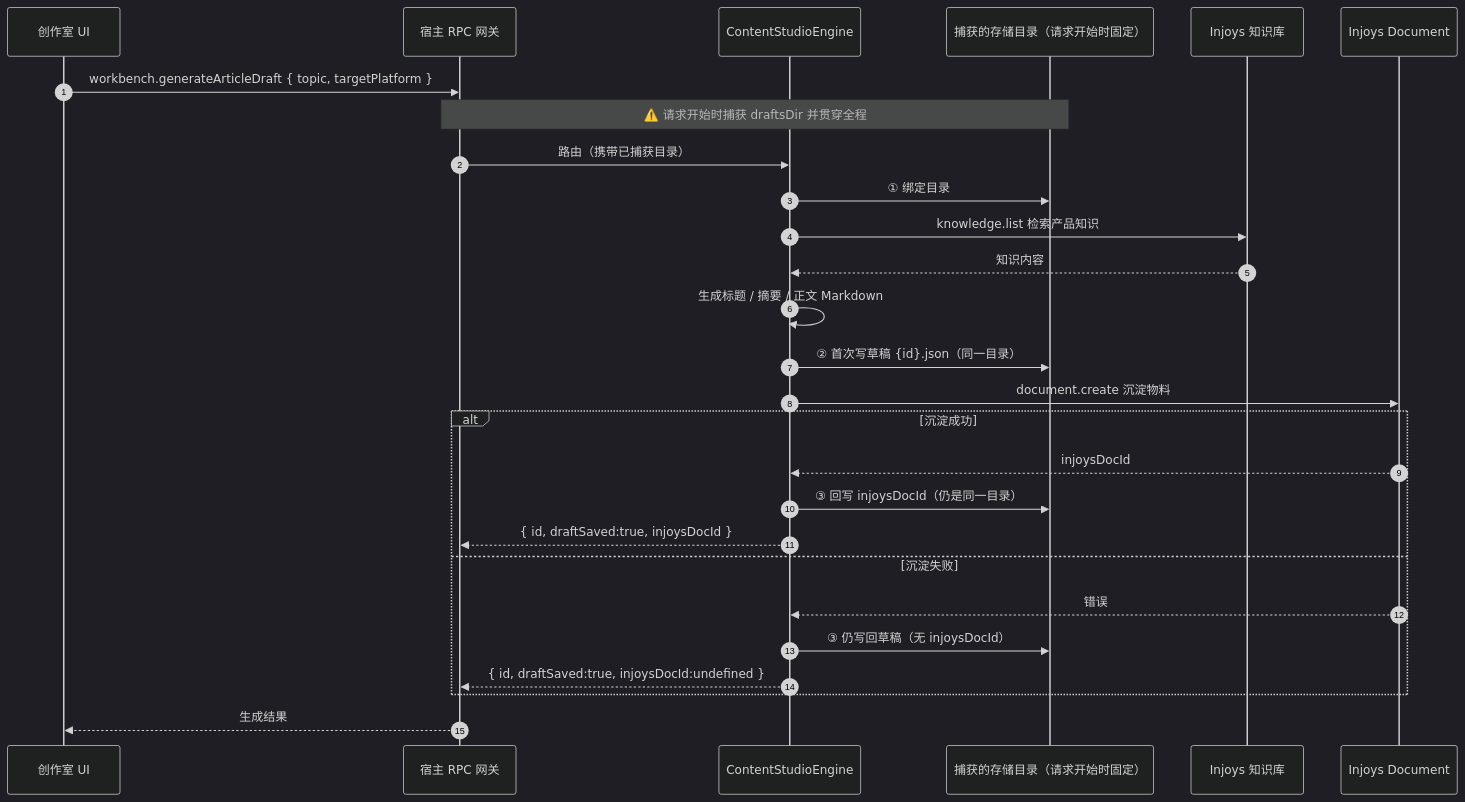
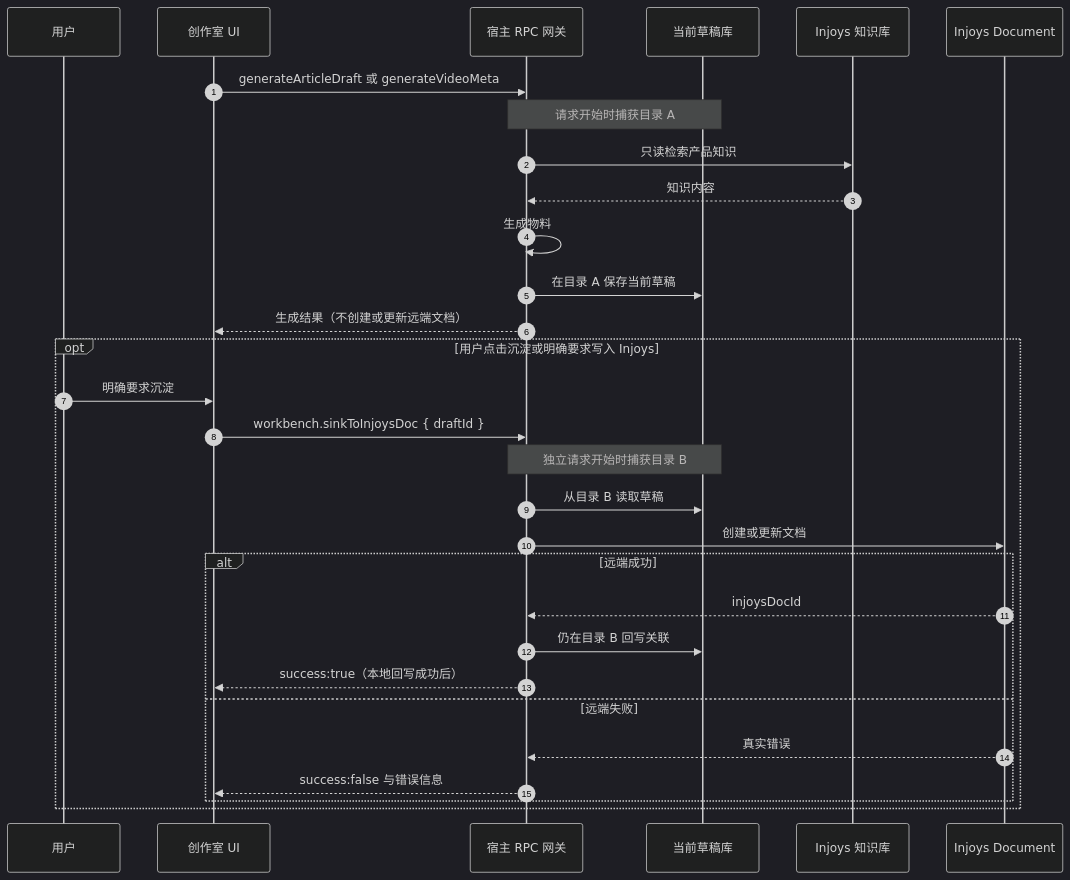
One commit to InJoysAI/dsh-growth-studio changed the second of 10 diagrams in .context/architecture/runtime_view.md. Above: the diagram before and after it, drawn with Mermaid (dark theme). The commit also changed other lines of this file and 34 other files, not shown here.

Commit message:
refactor: synchronize project documentation and context files with latest architecture updates

````diff
--- a/.context/architecture/runtime_view.md
+++ b/.context/architecture/runtime_view.md
@@ -75,30 +76,32 @@
 ```mermaid
 sequenceDiagram
     autonumber
+    participant U as 用户
     participant WB as 创作室 UI
     participant RPC as 宿主 RPC 网关
-    participant CS as ContentStudioEngine
-    participant Dir as 捕获的存储目录（请求开始时固定）
+    participant Store as 当前草稿库
     participant KB as Injoys 知识库
     participant Doc as Injoys Document
-
-    WB->>RPC: workbench.generateArticleDraft { topic, targetPlatform }
-    Note over RPC,Dir: ⚠️ 请求开始时捕获 draftsDir 并贯穿全程
-    RPC->>CS: 路由（携带已捕获目录）
-    CS->>Dir: ① 绑定目录
-    CS->>KB: knowledge.list 检索产品知识
-    KB-->>CS: 知识内容
-    CS->>CS: 生成标题 / 摘要 / 正文 Markdown
-    CS->>Dir: ② 首次写草稿 {id}.json（同一目录）
-    CS->>Doc: document.create 沉淀物料
-    alt 沉淀成功
-        Doc-->>CS: injoysDocId
-        CS->>Dir: ③ 回写 injoysDocId（仍是同一目录）
-        CS-->>RPC: { id, draftSaved:true, injoysDocId }
-    else 沉淀失败
-        Doc-->>CS: 错误
-        CS->>Dir: ③ 仍写回草稿（无 injoysDocId）
-        CS-->>RPC: { id, draftSaved:true, injoysDocId:undefined }
+    WB->>RPC: generateArticleDraft 或 generateVideoMeta
+    Note over RPC,Store: 请求开始时捕获目录 A
+    RPC->>KB: 只读检索产品知识
+    KB-->>RPC: 知识内容
+    RPC->>RPC: 生成物料
+    RPC->>Store: 在目录 A 保存当前草稿
+    RPC-->>WB: 生成结果（不创建或更新远端文档）
+    opt 用户点击沉淀或明确要求写入 Injoys
+        U->>WB: 明确要求沉淀
+        WB->>RPC: workbench.sinkToInjoysDoc { draftId }
+        Note over RPC,Store: 独立请求开始时捕获目录 B
+        RPC->>Store: 从目录 B 读取草稿
+        RPC->>Doc: 创建或更新文档
+        alt 远端成功
+            Doc-->>RPC: injoysDocId
+            RPC->>Store: 仍在目录 B 回写关联
+            RPC-->>WB: success:true（本地回写成功后）
+        else 远端失败
+            Doc-->>RPC: 真实错误
+            RPC-->>WB: success:false 与错误信息
+        end
     end
-    RPC-->>WB: 生成结果
 ```
````
